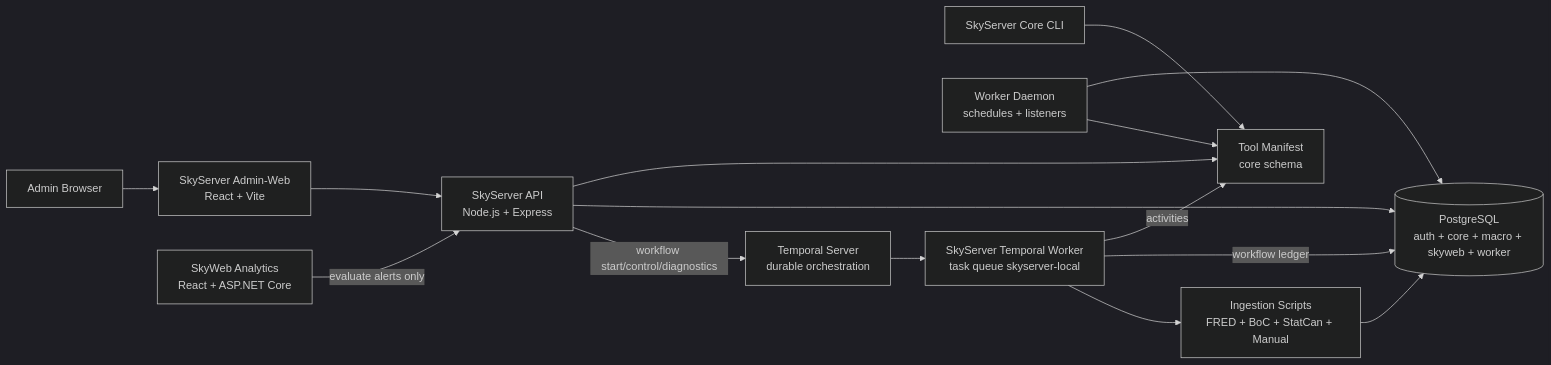
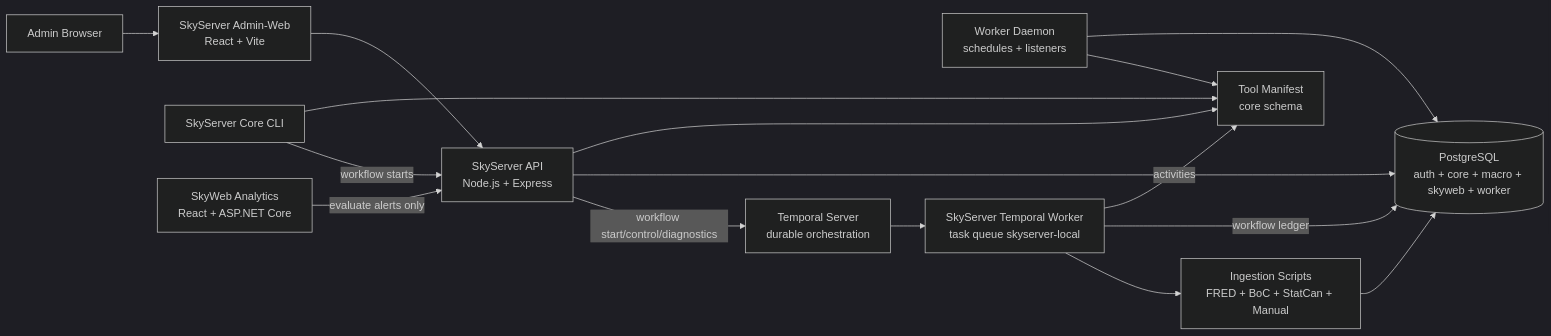
Before and after one commit to PStar1980/SkyCommand: the diagram in README.md, drawn with Mermaid (dark theme). The commit also changed other lines of this file and 6 other files, not shown here.

Commit message:
SkyServer Core Workflow Launcher

````diff
--- a/README.md
+++ b/README.md
@@ -56,17 +56,18 @@
 ```mermaid
 flowchart LR
     Admin[Admin Browser] --> AdminWeb["SkyServer Admin-Web<br/>React + Vite"]
     AdminWeb --> Api["SkyServer API<br/>Node.js + Express"]
     Core[SkyServer Core CLI] --> Tools["Tool Manifest<br/>core schema"]
+    Core -->|workflow starts| Api
     Api --> Tools
     Api --> Db[("PostgreSQL<br/>auth + core + macro + skyweb + worker")]
     Worker["Worker Daemon<br/>schedules + listeners"] --> Db
     Worker --> Tools
     Ingestion["Ingestion Scripts<br/>FRED + BoC + StatCan + Manual"] --> Db
     SkyWeb["SkyWeb Analytics<br/>React + ASP.NET Core"] -->|evaluate alerts only| Api
     Api -->|workflow start/control/diagnostics| Temporal["Temporal Server<br/>durable orchestration"]
     Temporal --> TemporalWorker["SkyServer Temporal Worker<br/>task queue skyserver-local"]
     TemporalWorker -->|activities| Tools
     TemporalWorker -->|workflow ledger| Db
     TemporalWorker --> Ingestion
 ```
````
